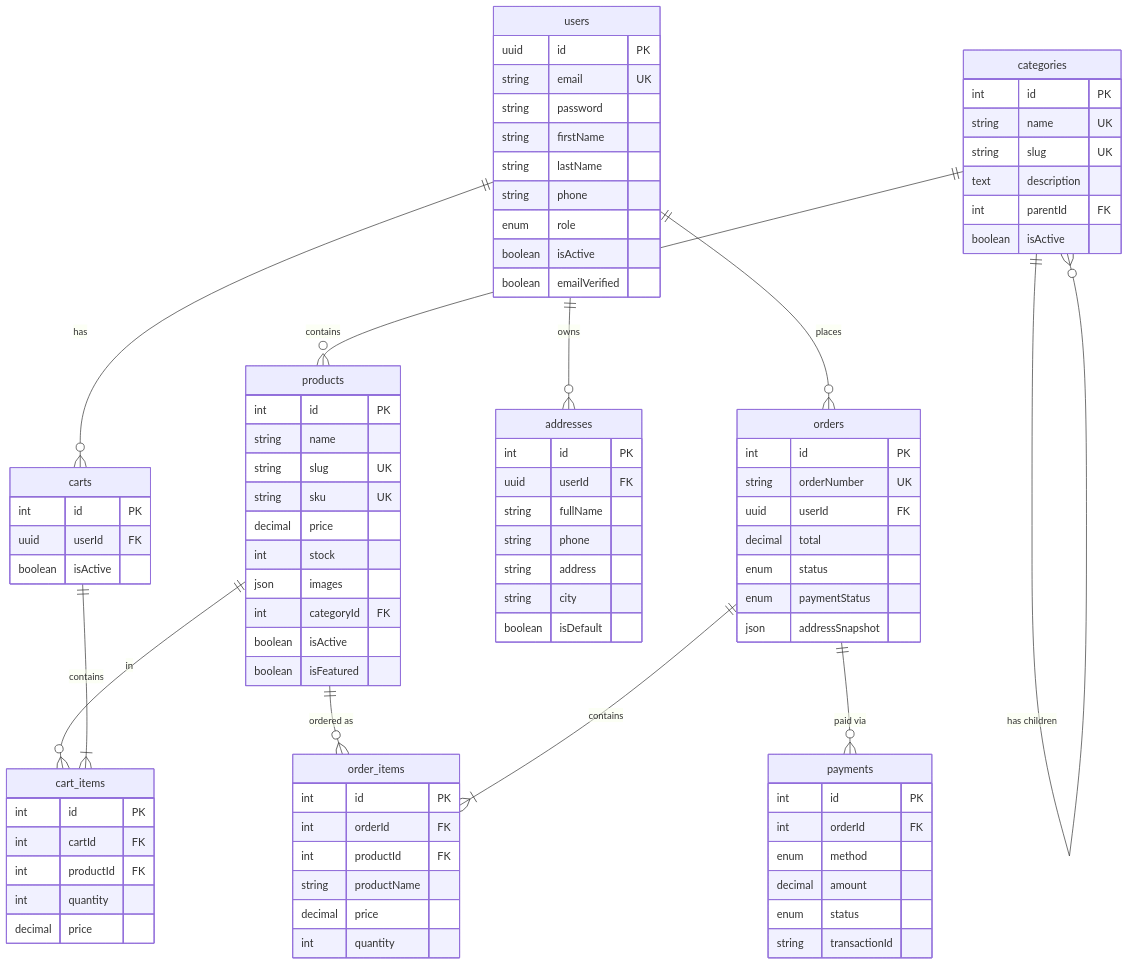
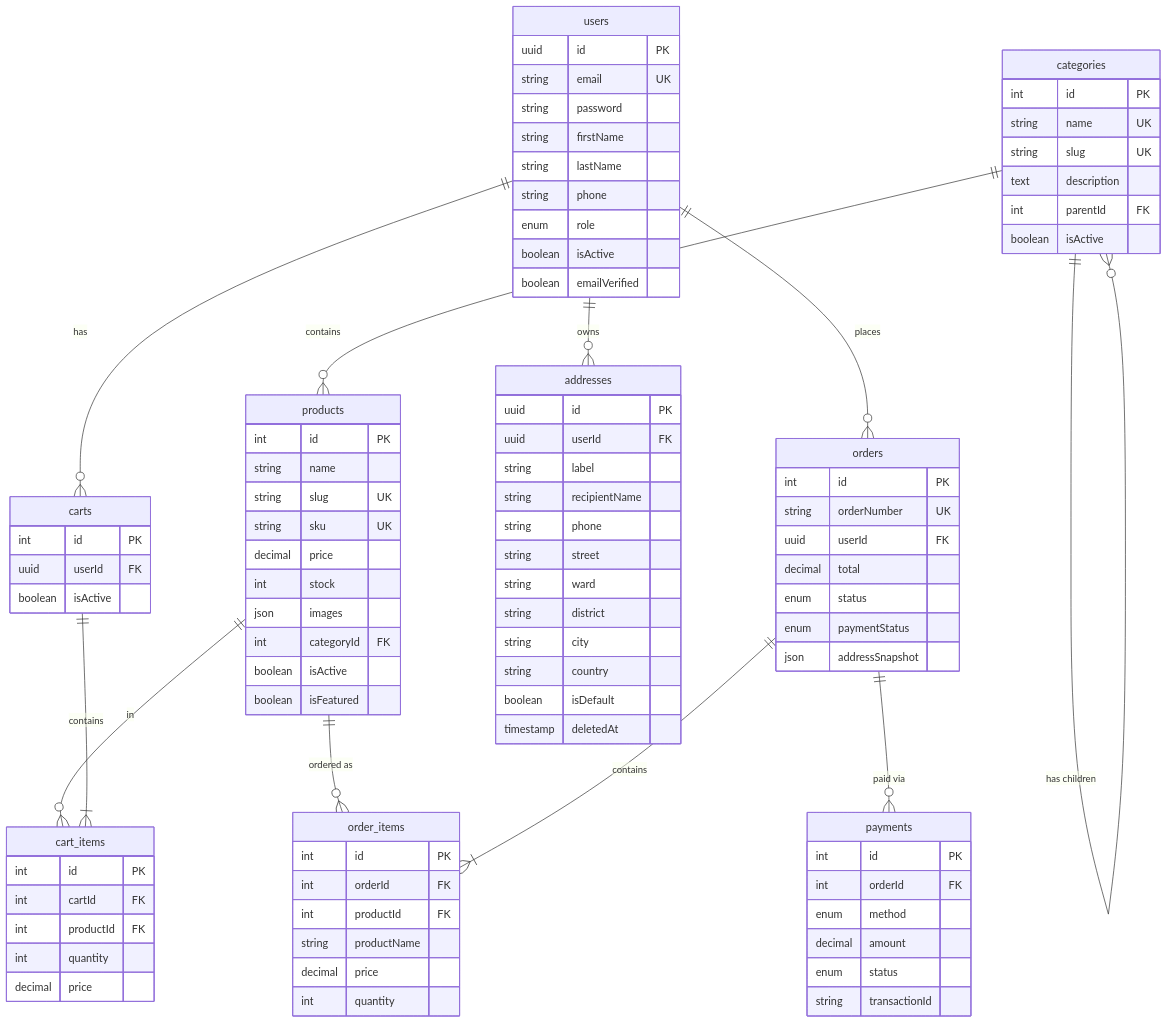
The diagram in planning/setup/DATABASE_SCHEMA.md (LuongCongThanh/be-nest-ecom), drawn with Mermaid before and after one commit. The commit also changed other lines of this file and 2 other files, not shown here.

```diff
--- a/planning/setup/DATABASE_SCHEMA.md
+++ b/planning/setup/DATABASE_SCHEMA.md
@@ -67,13 +67,18 @@
     }
 
     addresses {
-        int id PK
+        uuid id PK
         uuid userId FK
-        string fullName
+        string label
+        string recipientName
         string phone
-        string address
+        string street
+        string ward
+        string district
         string city
+        string country
         boolean isDefault
+        timestamp deletedAt
     }
 
     carts {
```
